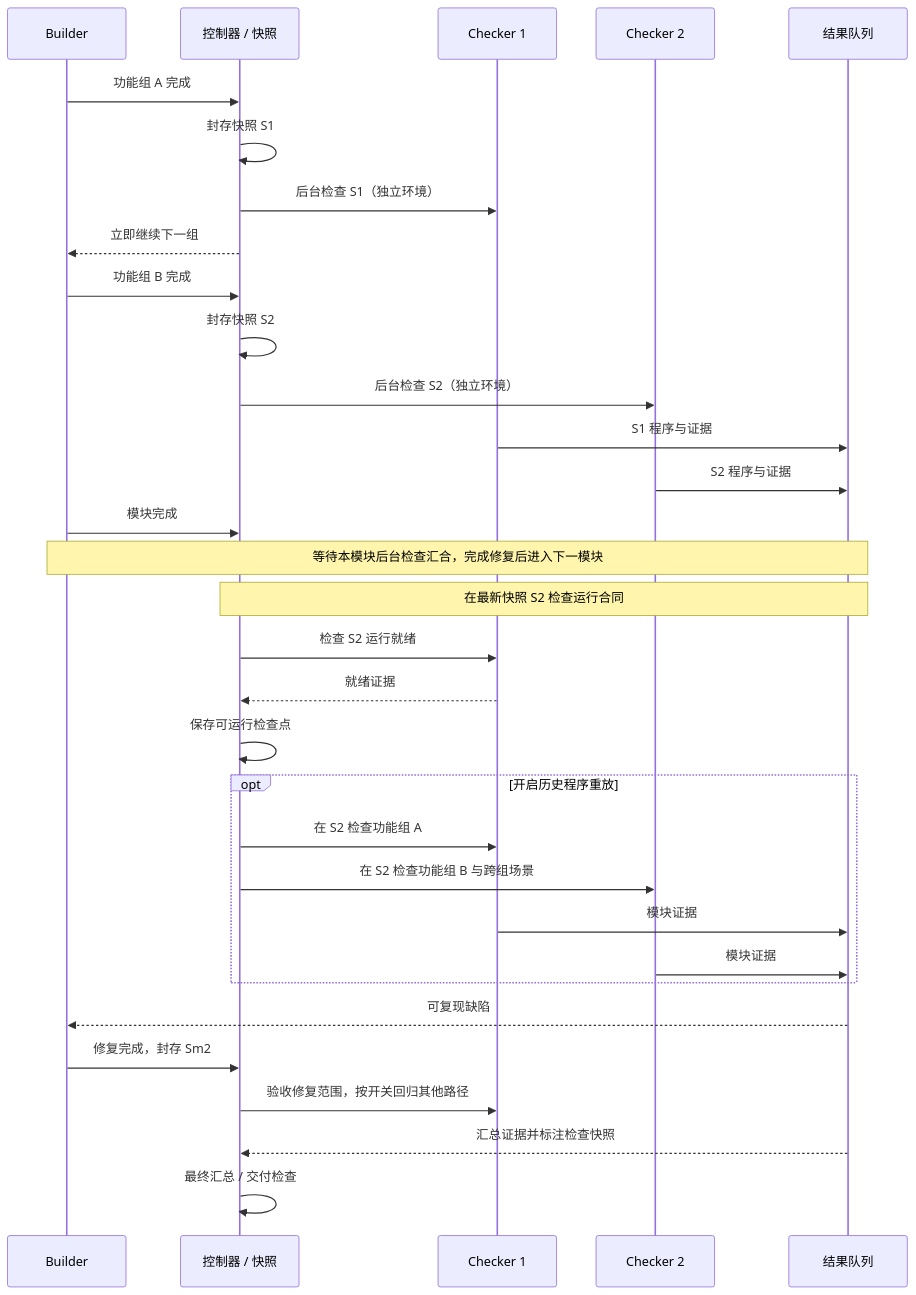
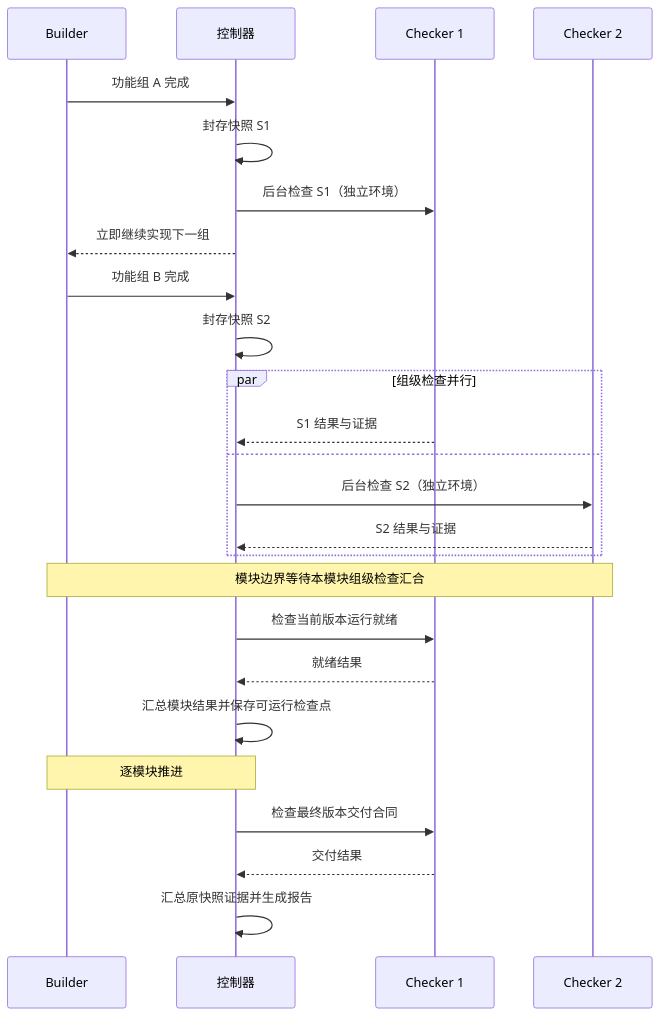
Before and after one commit to TheaDust/shallow-code: the diagram in README.md, drawn with Mermaid. The commit also changed other lines of this file and 4 other files, not shown here.

First line of the commit message:
docs: 更新 README 说明与并行检查图示

````diff
--- a/README.md
+++ b/README.md
@@ -16,35 +18,31 @@
 ```mermaid
 sequenceDiagram
     participant B as Builder
-    participant C as 控制器 / 快照
+    participant C as 控制器
     participant K1 as Checker 1
     participant K2 as Checker 2
-    participant Q as 结果队列
 
     B->>C: 功能组 A 完成
     C->>C: 封存快照 S1
     C->>K1: 后台检查 S1（独立环境）
-    C-->>B: 立即继续下一组
+    C-->>B: 立即继续实现下一组
     B->>C: 功能组 B 完成
     C->>C: 封存快照 S2
-    C->>K2: 后台检查 S2（独立环境）
-    K1->>Q: S1 程序与证据
-    K2->>Q: S2 程序与证据
-    B->>C: 模块完成
-    Note over B,Q: 等待本模块后台检查汇合，完成修复后进入下一模块
-    Note over C,Q: 在最新快照 S2 检查运行合同
-    C->>K1: 检查 S2 运行就绪
-    K1-->>C: 就绪证据
-    C->>C: 保存可运行检查点
-    opt 开启历史程序重放
-        C->>K1: 在 S2 检查功能组 A
-        C->>K2: 在 S2 检查功能组 B 与跨组场景
-        K1->>Q: 模块证据
-        K2->>Q: 模块证据
+
+    par 组级检查并行
+        K1-->>C: S1 结果与证据
+    and
+        C->>K2: 后台检查 S2（独立环境）
+        K2-->>C: S2 结果与证据
     end
-    Q-->>B: 可复现缺陷
-    B->>C: 修复完成，封存 Sm2
-    C->>K1: 验收修复范围，按开关回归其他路径
-    Q-->>C: 汇总证据并标注检查快照
-    C->>C: 最终汇总 / 交付检查
+
+    Note over B,K2: 模块边界等待本模块组级检查汇合
+    C->>K1: 检查当前版本运行就绪
+    K1-->>C: 就绪结果
+    C->>C: 汇总模块结果并保存可运行检查点
+    Note over B,C: 逐模块推进
+
+    C->>K1: 检查最终版本交付合同
+    K1-->>C: 交付结果
+    C->>C: 汇总原快照证据并生成报告
 ```
````
